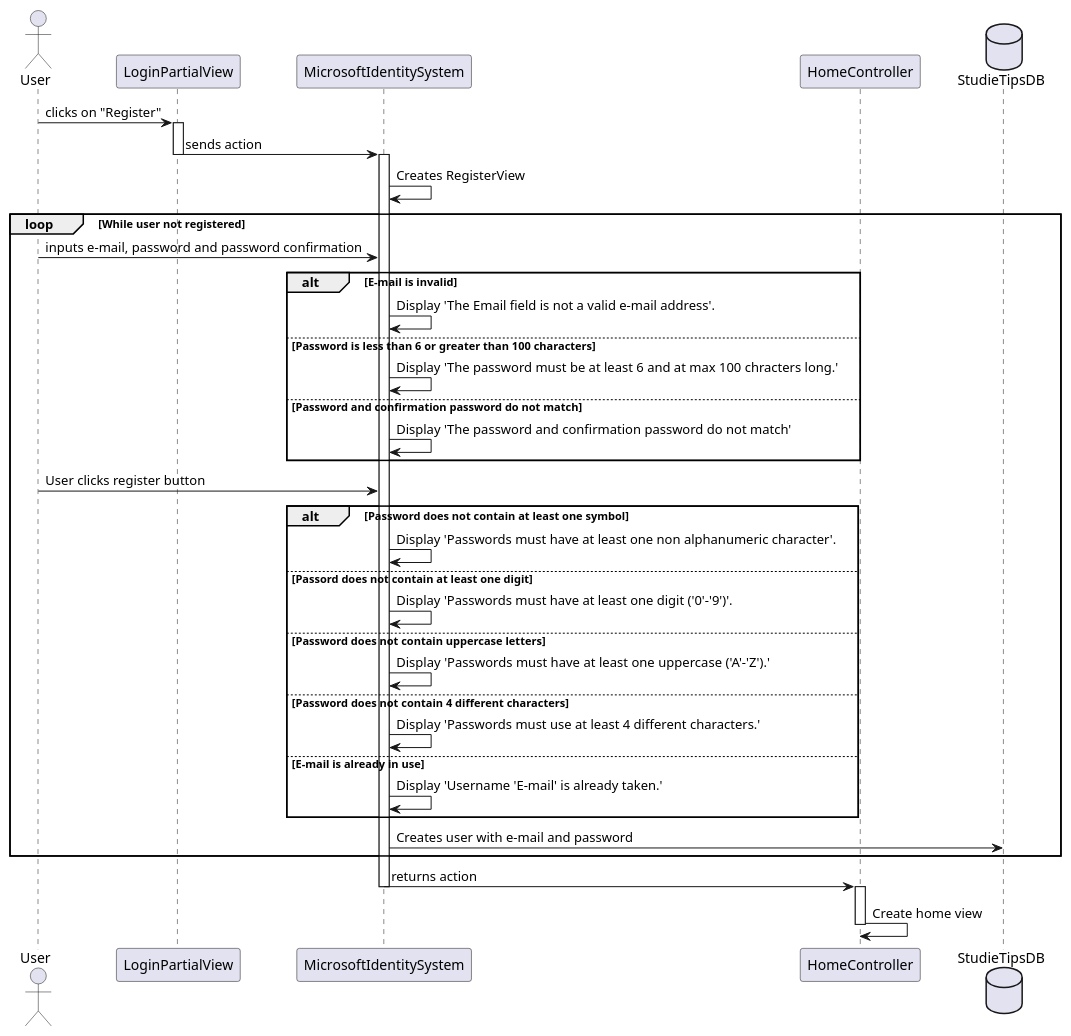
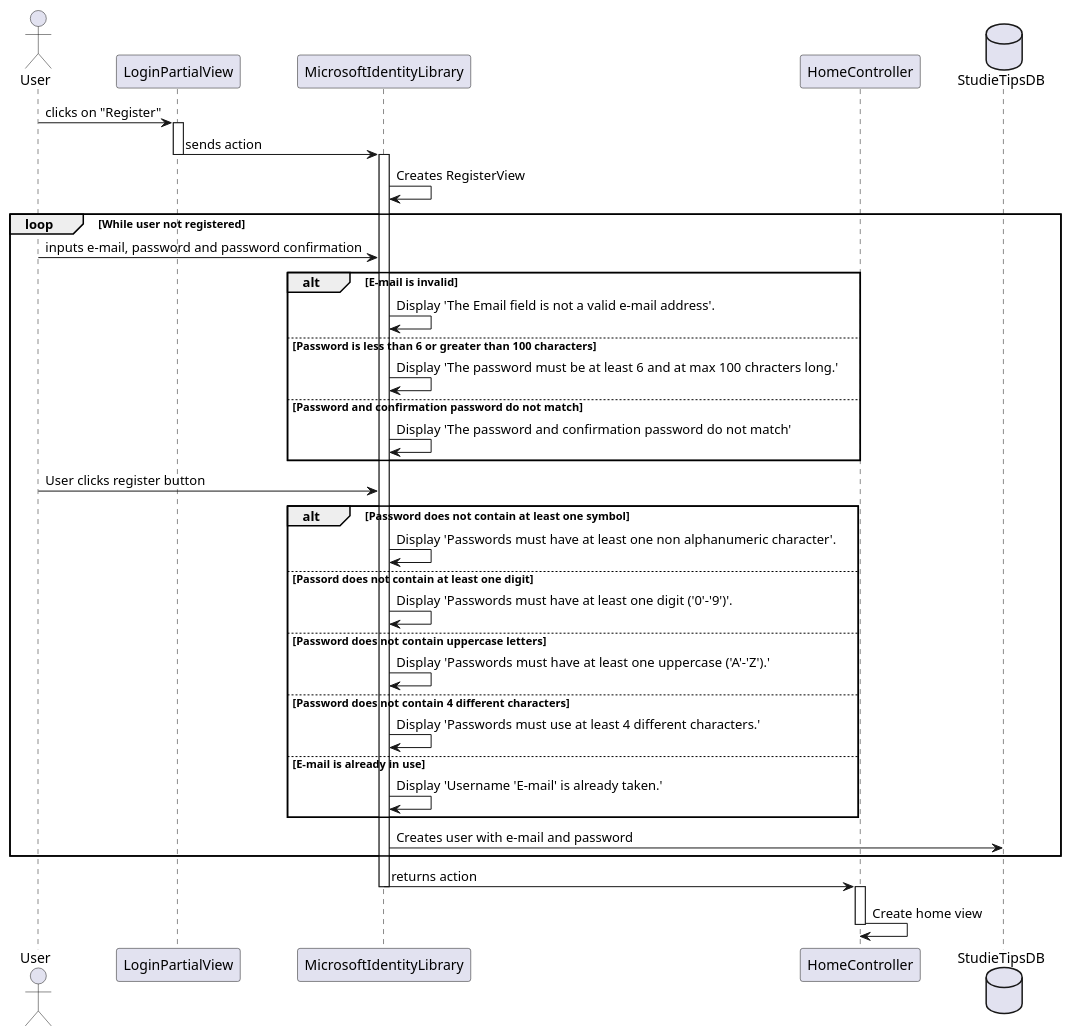
One commit to I4PRJ4/I4PRJ4-plantuml changed the diagram in Level4/SequenceDiagrams/RegisterUserSequenceDiagram.wsd. Above: the diagram before and after it, drawn with PlantUML. The commit also changed 7 other files, not shown here.

```diff
--- a/Level4/SequenceDiagrams/RegisterUserSequenceDiagram.wsd
+++ b/Level4/SequenceDiagrams/RegisterUserSequenceDiagram.wsd
@@ -1,65 +1,65 @@
 @startuml RegisterUserSequenceDiagram
 
 
 actor User as User
 participant LoginPartialView as LoginPartialView
-participant MicrosoftIdentitySystem as  MicrosoftIdentitySystem
+participant MicrosoftIdentityLibrary as  MicrosoftIdentityLibrary
 participant HomeController as HomeController
 database StudieTipsDB as Database
 
 User -> LoginPartialView : clicks on "Register"
 activate LoginPartialView
 
-LoginPartialView -> MicrosoftIdentitySystem : sends action
+LoginPartialView -> MicrosoftIdentityLibrary : sends action
 deactivate LoginPartialView
-activate MicrosoftIdentitySystem
+activate MicrosoftIdentityLibrary
 
-MicrosoftIdentitySystem -> MicrosoftIdentitySystem : Creates RegisterView
+MicrosoftIdentityLibrary -> MicrosoftIdentityLibrary : Creates RegisterView
 loop While user not registered
-    User -> MicrosoftIdentitySystem : inputs e-mail, password and password confirmation
+    User -> MicrosoftIdentityLibrary : inputs e-mail, password and password confirmation
 
 
     alt E-mail is invalid
-        MicrosoftIdentitySystem -> MicrosoftIdentitySystem : Display 'The Email field is not a valid e-mail address'.
+        MicrosoftIdentityLibrary -> MicrosoftIdentityLibrary : Display 'The Email field is not a valid e-mail address'.
 
     else Password is less than 6 or greater than 100 characters
-        MicrosoftIdentitySystem -> MicrosoftIdentitySystem : Display 'The password must be at least 6 and at max 100 chracters long.'
+        MicrosoftIdentityLibrary -> MicrosoftIdentityLibrary : Display 'The password must be at least 6 and at max 100 chracters long.'
 
     else Password and confirmation password do not match
-        MicrosoftIdentitySystem -> MicrosoftIdentitySystem : Display 'The password and confirmation password do not match'
+        MicrosoftIdentityLibrary -> MicrosoftIdentityLibrary : Display 'The password and confirmation password do not match'
 
     end
 
-    User -> MicrosoftIdentitySystem : User clicks register button
+    User -> MicrosoftIdentityLibrary : User clicks register button
 
 
     alt Password does not contain at least one symbol
-        MicrosoftIdentitySystem -> MicrosoftIdentitySystem : Display 'Passwords must have at least one non alphanumeric character'.
+        MicrosoftIdentityLibrary -> MicrosoftIdentityLibrary : Display 'Passwords must have at least one non alphanumeric character'.
 
     else Passord does not contain at least one digit
-        MicrosoftIdentitySystem -> MicrosoftIdentitySystem : Display 'Passwords must have at least one digit ('0'-'9')'.
+        MicrosoftIdentityLibrary -> MicrosoftIdentityLibrary : Display 'Passwords must have at least one digit ('0'-'9')'.
 
     else Password does not contain uppercase letters
-        MicrosoftIdentitySystem -> MicrosoftIdentitySystem : Display 'Passwords must have at least one uppercase ('A'-'Z').'
+        MicrosoftIdentityLibrary -> MicrosoftIdentityLibrary : Display 'Passwords must have at least one uppercase ('A'-'Z').'
 
     else Password does not contain 4 different characters
-        MicrosoftIdentitySystem -> MicrosoftIdentitySystem : Display 'Passwords must use at least 4 different characters.'
+        MicrosoftIdentityLibrary -> MicrosoftIdentityLibrary : Display 'Passwords must use at least 4 different characters.'
 
     else E-mail is already in use 
-        MicrosoftIdentitySystem -> MicrosoftIdentitySystem : Display 'Username 'E-mail' is already taken.'
+        MicrosoftIdentityLibrary -> MicrosoftIdentityLibrary : Display 'Username 'E-mail' is already taken.'
 
     end
 
-    MicrosoftIdentitySystem -> Database : Creates user with e-mail and password
+    MicrosoftIdentityLibrary -> Database : Creates user with e-mail and password
 
 end
 
 
-MicrosoftIdentitySystem -> HomeController : returns action
-deactivate MicrosoftIdentitySystem
+MicrosoftIdentityLibrary -> HomeController : returns action
+deactivate MicrosoftIdentityLibrary
 
 activate HomeController
 HomeController -> HomeController : Create home view
 deactivate HomeController
 
 @enduml
```
